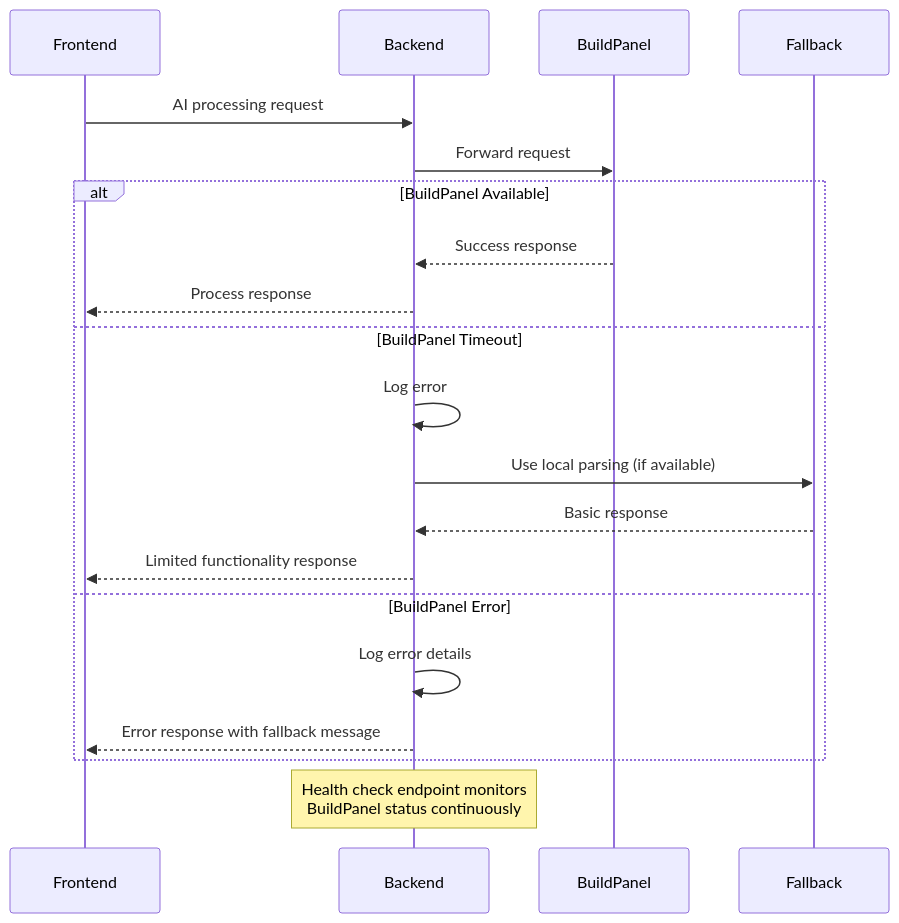
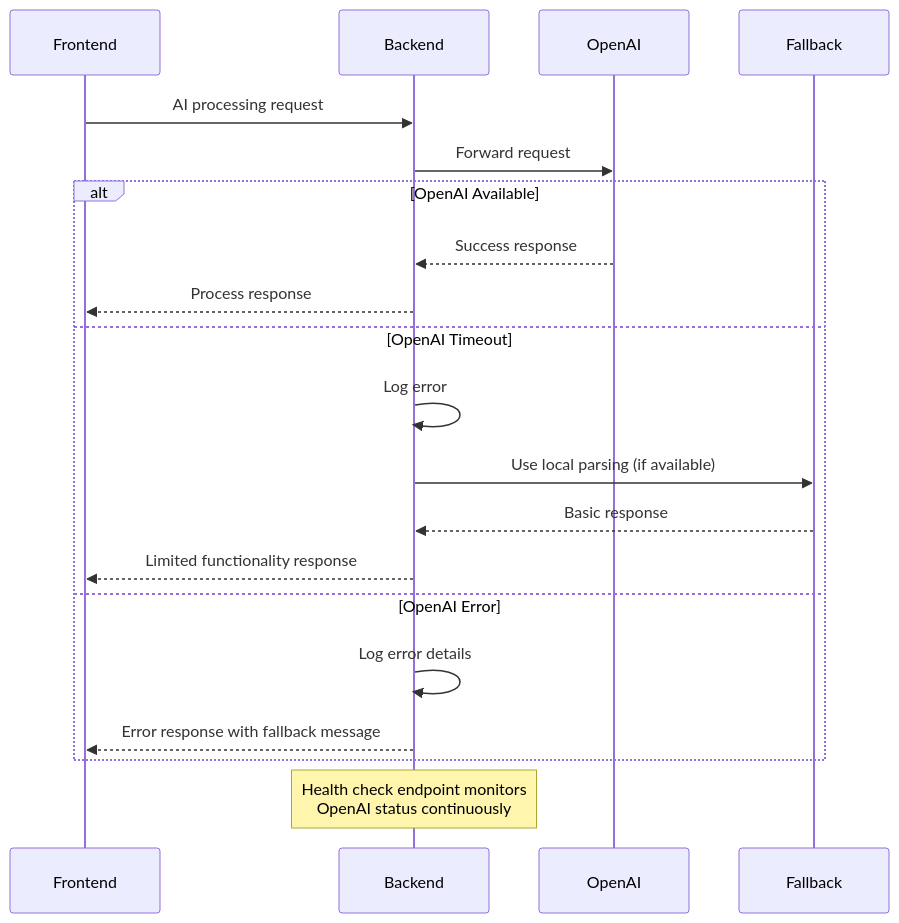
Before and after one commit to mikeyoung304/July25: the eighth of 8 diagrams in docs/DATA_FLOW_INTEGRATION.md, drawn with Mermaid. The commit also changed other lines of this file and 30 other files, not shown here.

Commit message:
chore: remove all BuildPanel references; replace with OpenAI; add CI guards

````diff
--- a/docs/DATA_FLOW_INTEGRATION.md
+++ b/docs/DATA_FLOW_INTEGRATION.md
@@ -627,25 +627,25 @@
 ```mermaid
 sequenceDiagram
     participant Frontend
     participant Backend
-    participant BuildPanel
+    participant OpenAI
     participant Fallback
     
     Frontend->>Backend: AI processing request
-    Backend->>BuildPanel: Forward request
+    Backend->>OpenAI: Forward request
     
-    alt BuildPanel Available
-        BuildPanel-->>Backend: Success response
+    alt OpenAI Available
+        OpenAI-->>Backend: Success response
         Backend-->>Frontend: Process response
-    else BuildPanel Timeout
+    else OpenAI Timeout
         Backend->>Backend: Log error
         Backend->>Fallback: Use local parsing (if available)
         Fallback-->>Backend: Basic response
         Backend-->>Frontend: Limited functionality response
-    else BuildPanel Error
+    else OpenAI Error
         Backend->>Backend: Log error details
         Backend-->>Frontend: Error response with fallback message
     end
     
-    Note over Backend: Health check endpoint monitors<br/>BuildPanel status continuously
+    Note over Backend: Health check endpoint monitors<br/>OpenAI status continuously
 ```
````
